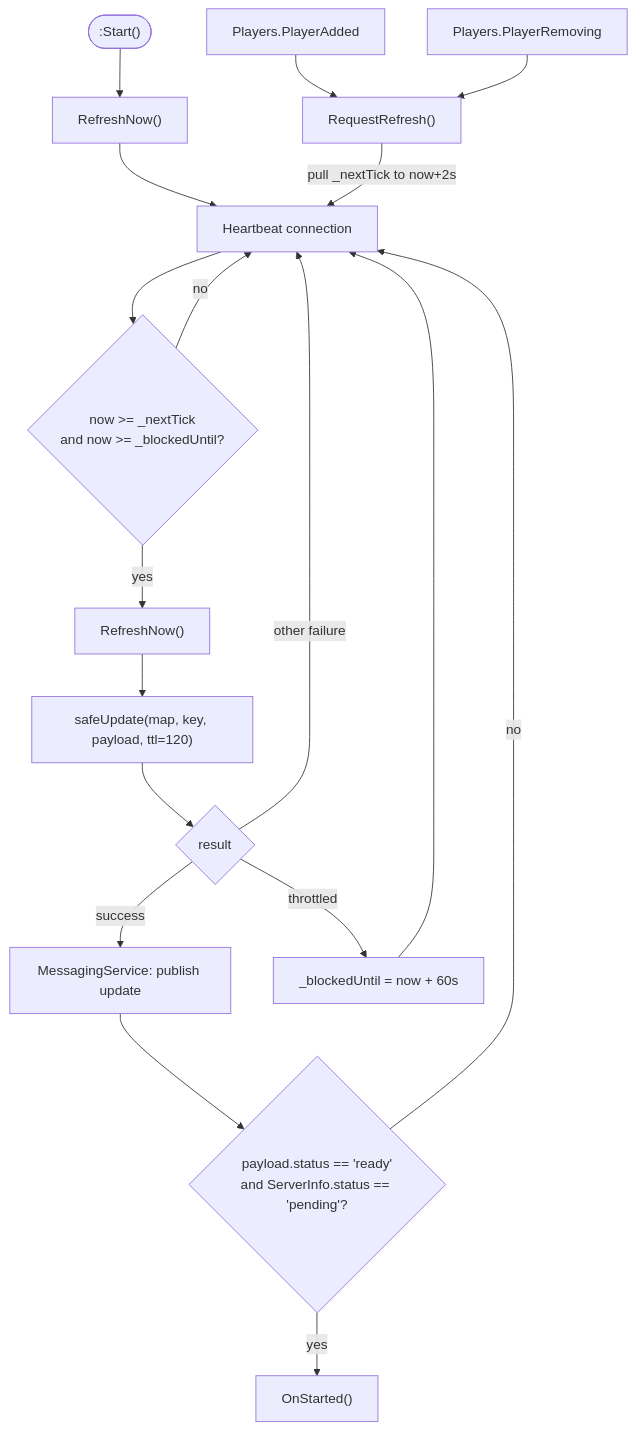
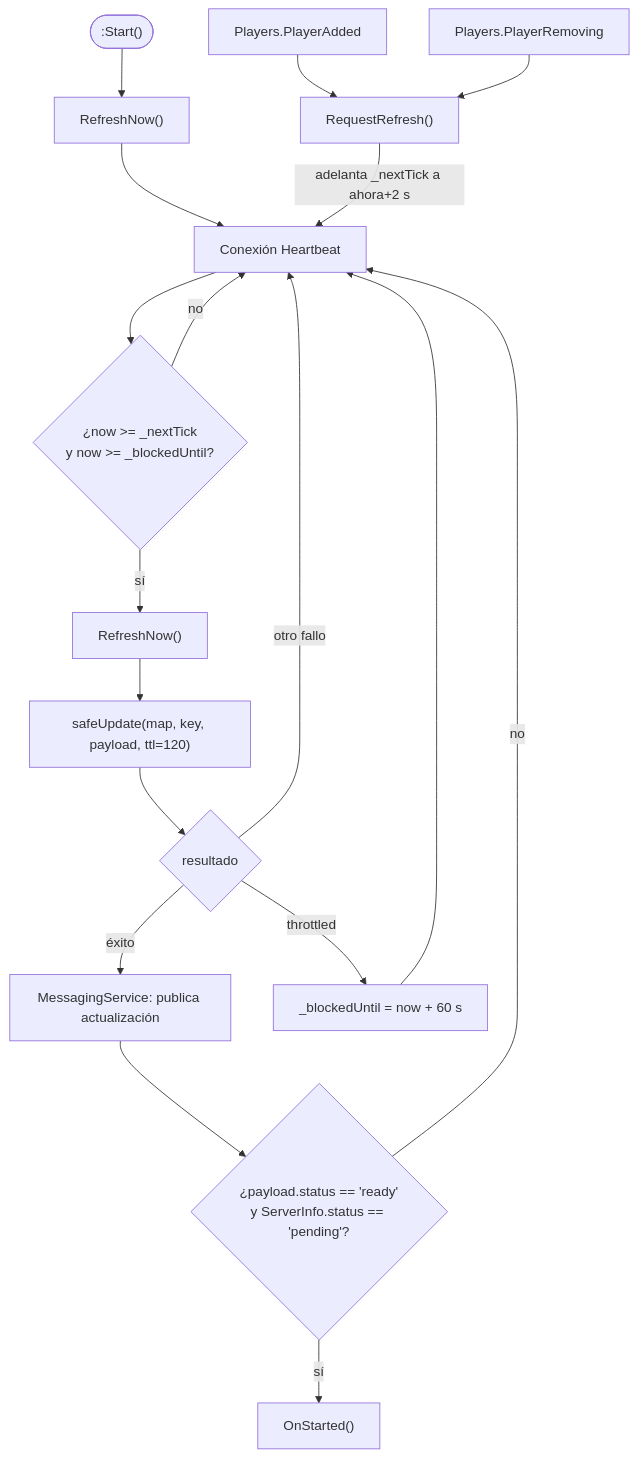
One commit to Arclyne/voz-hispana changed the third of 3 diagrams in docs/architecture/server-lifecycle.md. Above: the diagram before and after it, drawn with Mermaid. The commit also changed other lines of this file and 8 other files, not shown here.

````diff
--- a/docs/architecture/server-lifecycle.md
+++ b/docs/architecture/server-lifecycle.md
@@ -131,20 +133,20 @@
 ```mermaid
 flowchart TD
     Start([":Start()"]) --> RN["RefreshNow()"]
-    RN --> HB["Heartbeat connection"]
+    RN --> HB["Conexión Heartbeat"]
     PA["Players.PlayerAdded"] --> RR["RequestRefresh()"]
     PR["Players.PlayerRemoving"] --> RR
-    RR --> |"pull _nextTick to now+2s"| HB
-    HB --> Q{"now >= _nextTick<br/>and now >= _blockedUntil?"}
+    RR --> |"adelanta _nextTick a ahora+2 s"| HB
+    HB --> Q{"¿now >= _nextTick<br/>y now >= _blockedUntil?"}
     Q -- no --> HB
-    Q -- yes --> RN2["RefreshNow()"]
+    Q -- sí --> RN2["RefreshNow()"]
     RN2 --> U["safeUpdate(map, key, payload, ttl=120)"]
-    U --> OK{"result"}
-    OK -- success --> P["MessagingService: publish update"]
-    P --> S{"payload.status == 'ready'<br/>and ServerInfo.status == 'pending'?"}
-    S -- yes --> ONS["OnStarted()"]
+    U --> OK{"resultado"}
+    OK -- éxito --> P["MessagingService: publica actualización"]
+    P --> S{"¿payload.status == 'ready'<br/>y ServerInfo.status == 'pending'?"}
+    S -- sí --> ONS["OnStarted()"]
     S -- no --> HB
-    OK -- throttled --> B["_blockedUntil = now + 60s"]
-    OK -- other failure --> HB
+    OK -- throttled --> B["_blockedUntil = now + 60 s"]
+    OK -- otro fallo --> HB
     B --> HB
 ```
````
